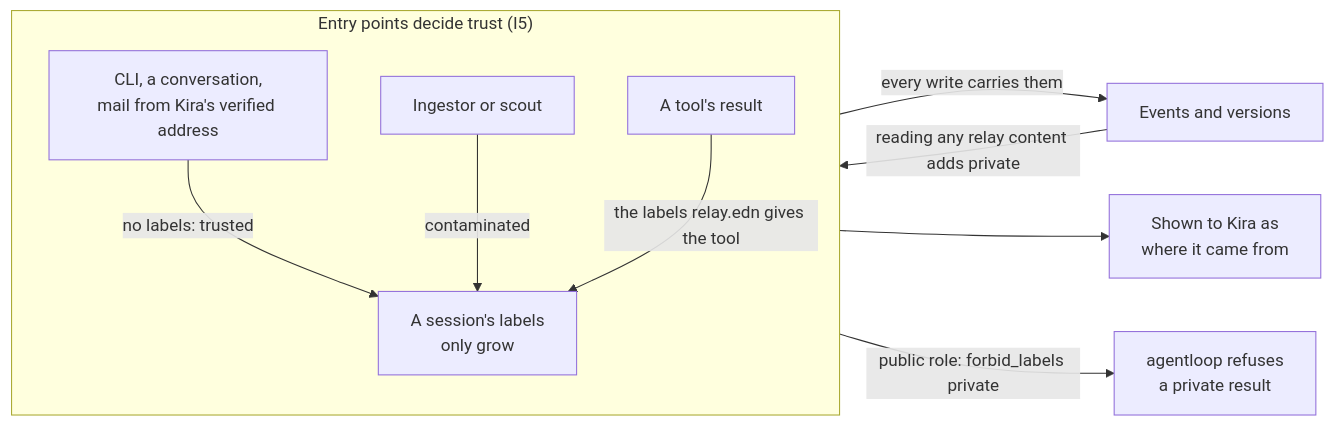
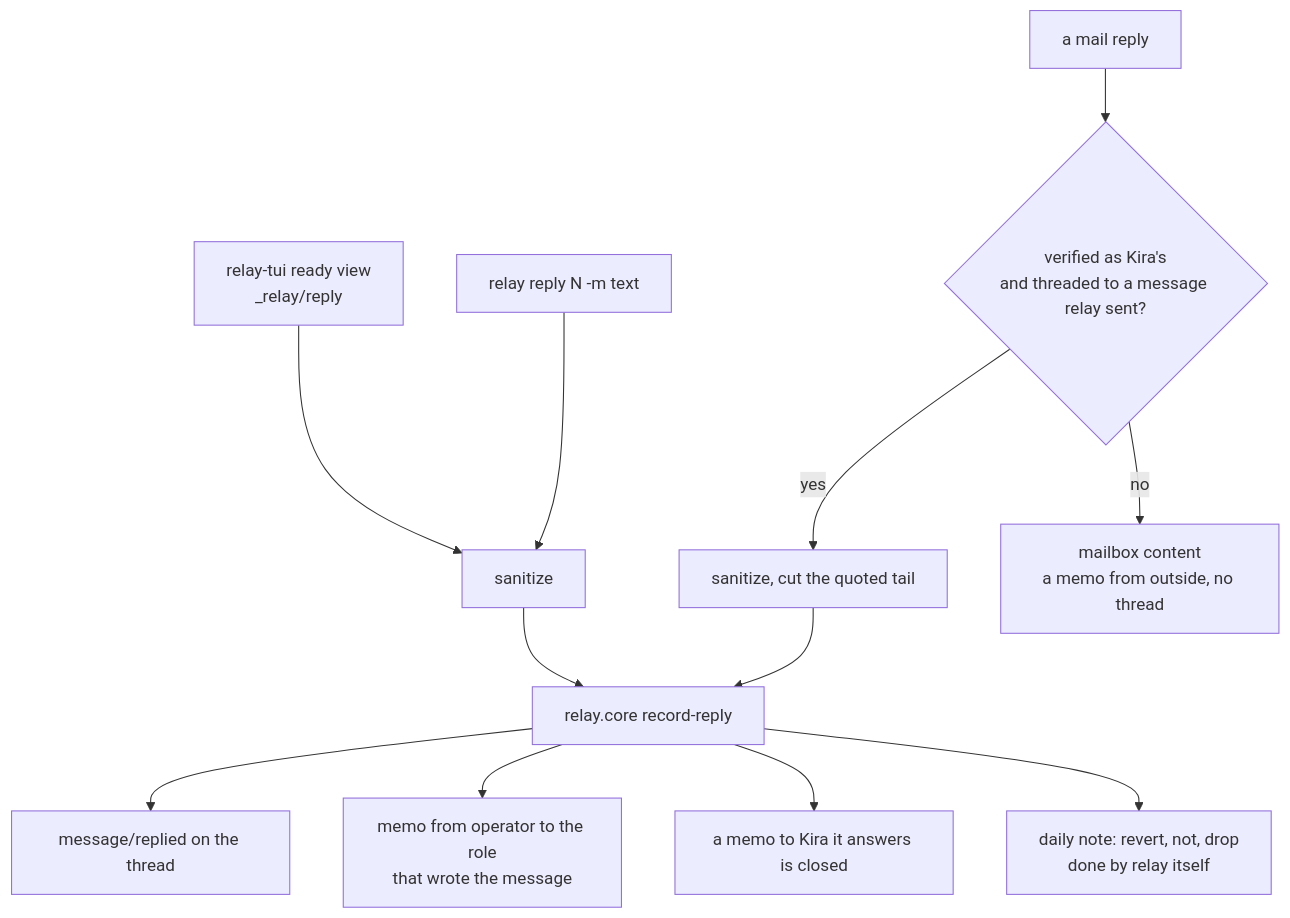
Before and after one commit to kirahowe/relay: the eighth of 11 diagrams in docs/architecture.md, drawn with Mermaid. The commit also changed other lines of this file, not shown here.

First line of the commit message:
Rewrite the architecture page from the code on main

````diff
--- a/docs/architecture.md
+++ b/docs/architecture.md
@@ -340,13 +335,14 @@
 ```mermaid
-flowchart LR
-    subgraph entry["Entry points decide trust (I5)"]
-        direction TB
-        cmd["CLI, a conversation,<br/>mail from Kira's verified address"] -->|"no labels: trusted"| sess
-        ing["Ingestor or scout"] -->|"contaminated"| sess
-        tool["A tool's result"] -->|"the labels relay.edn gives the tool"| sess
-    end
-    sess["A session's labels<br/>only grow"] -->|"every write carries them"| ev["Events and versions"]
-    ev -->|"reading any relay content adds private"| sess
-    sess --> shown["Shown to Kira as<br/>where it came from"]
-    sess -->|"public role: forbid_labels private"| al["agentloop refuses<br/>a private result"]
+flowchart TB
+    tui["relay-tui ready view<br/>_relay/reply"] --> clean1["sanitize"]
+    cli["relay reply N -m text"] --> clean1
+    mail["a mail reply"] --> v{"verified as Kira's<br/>and threaded to a message relay sent?"}
+    v -->|"yes"| clean2["sanitize, cut the quoted tail"]
+    v -->|"no"| box["mailbox content<br/>a memo from outside, no thread"]
+    clean1 --> rr["relay.core record-reply"]
+    clean2 --> rr
+    rr --> replied["message/replied on the thread"]
+    rr --> m["memo from operator to the role<br/>that wrote the message"]
+    rr --> close["a memo to Kira it answers is closed"]
+    rr --> acts["daily note: revert, not, drop<br/>done by relay itself"]
 ```
````
